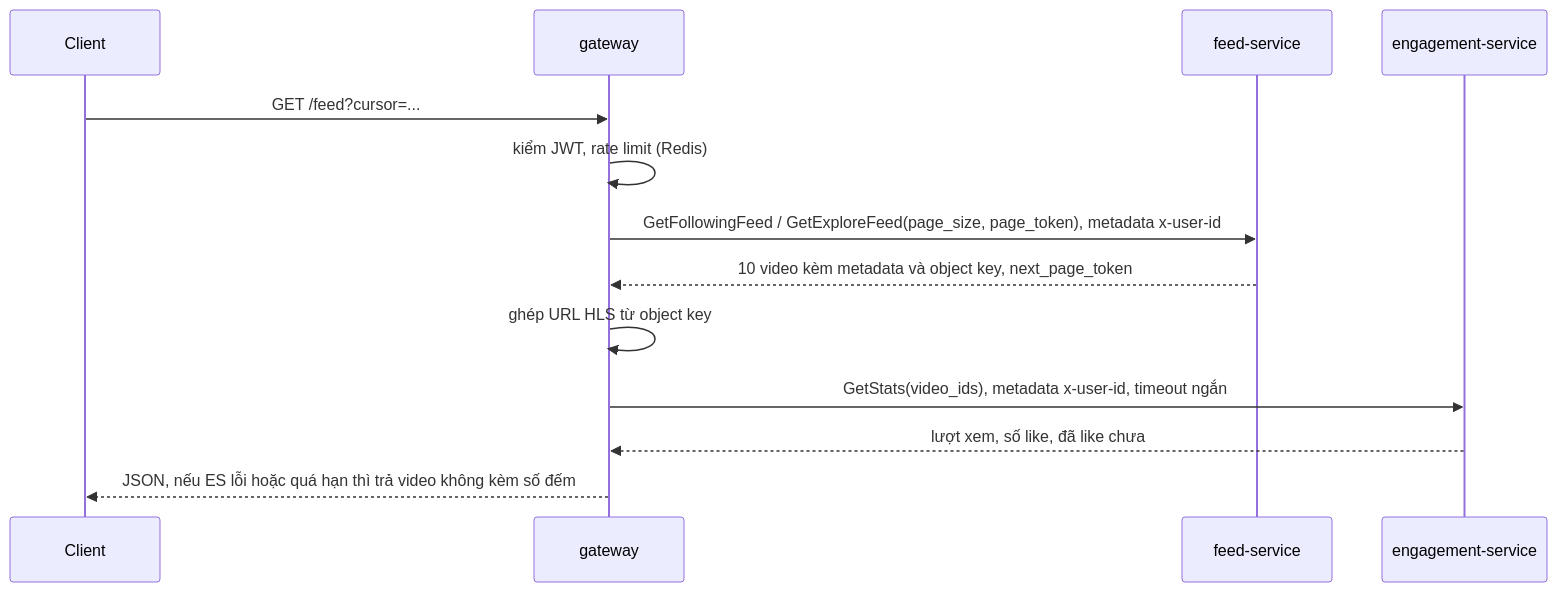
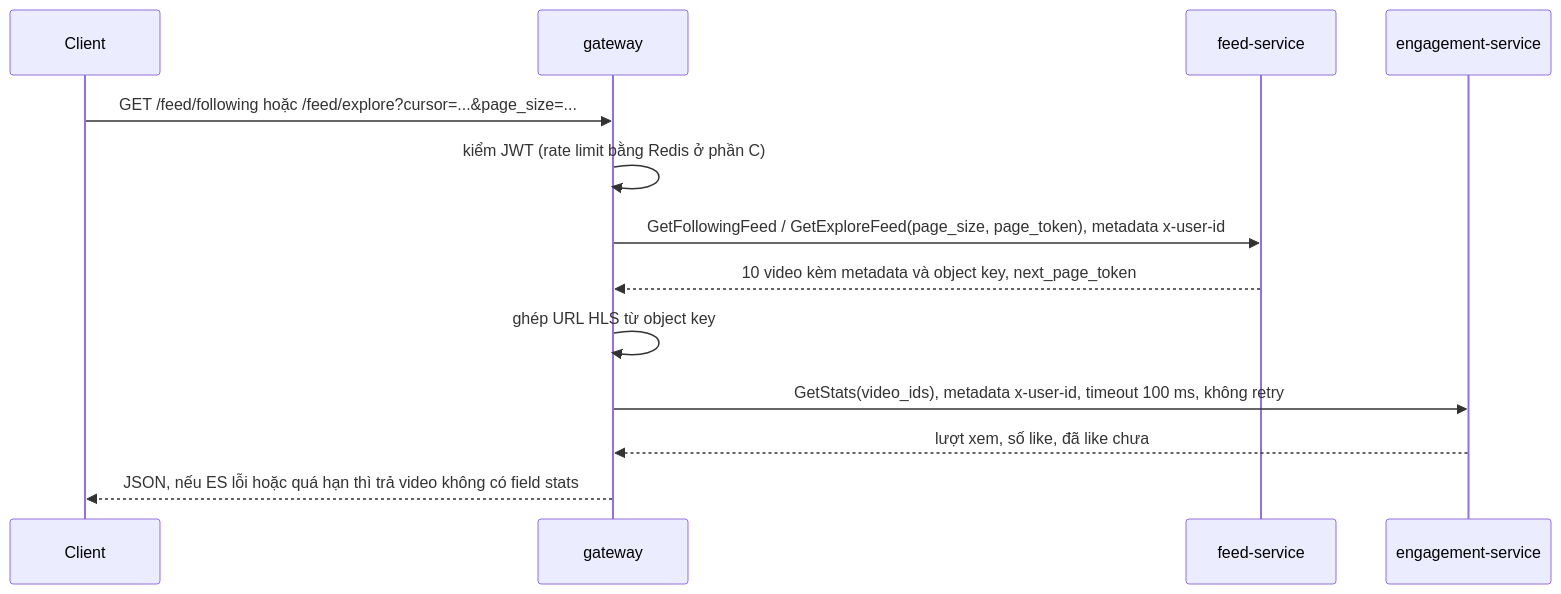
One commit to anhnvcoder/short-video-platform changed the fourth of 4 diagrams in docs/architecture.md. Above: the diagram before and after it, drawn with Mermaid. The commit also changed other lines of this file and 67 other files, not shown here.

````diff
--- a/docs/architecture.md
+++ b/docs/architecture.md
@@ -267,16 +272,16 @@
 ```mermaid
 sequenceDiagram
     participant C as Client
     participant GW as gateway
     participant FS as feed-service
     participant ES as engagement-service
 
-    C->>GW: GET /feed?cursor=...
-    GW->>GW: kiểm JWT, rate limit (Redis)
+    C->>GW: GET /feed/following hoặc /feed/explore?cursor=...&page_size=...
+    GW->>GW: kiểm JWT (rate limit bằng Redis ở phần C)
     GW->>FS: GetFollowingFeed / GetExploreFeed(page_size, page_token), metadata x-user-id
     FS-->>GW: 10 video kèm metadata và object key, next_page_token
     GW->>GW: ghép URL HLS từ object key
-    GW->>ES: GetStats(video_ids), metadata x-user-id, timeout ngắn
+    GW->>ES: GetStats(video_ids), metadata x-user-id, timeout 100 ms, không retry
     ES-->>GW: lượt xem, số like, đã like chưa
-    GW-->>C: JSON, nếu ES lỗi hoặc quá hạn thì trả video không kèm số đếm
+    GW-->>C: JSON, nếu ES lỗi hoặc quá hạn thì trả video không có field stats
 ```
````
